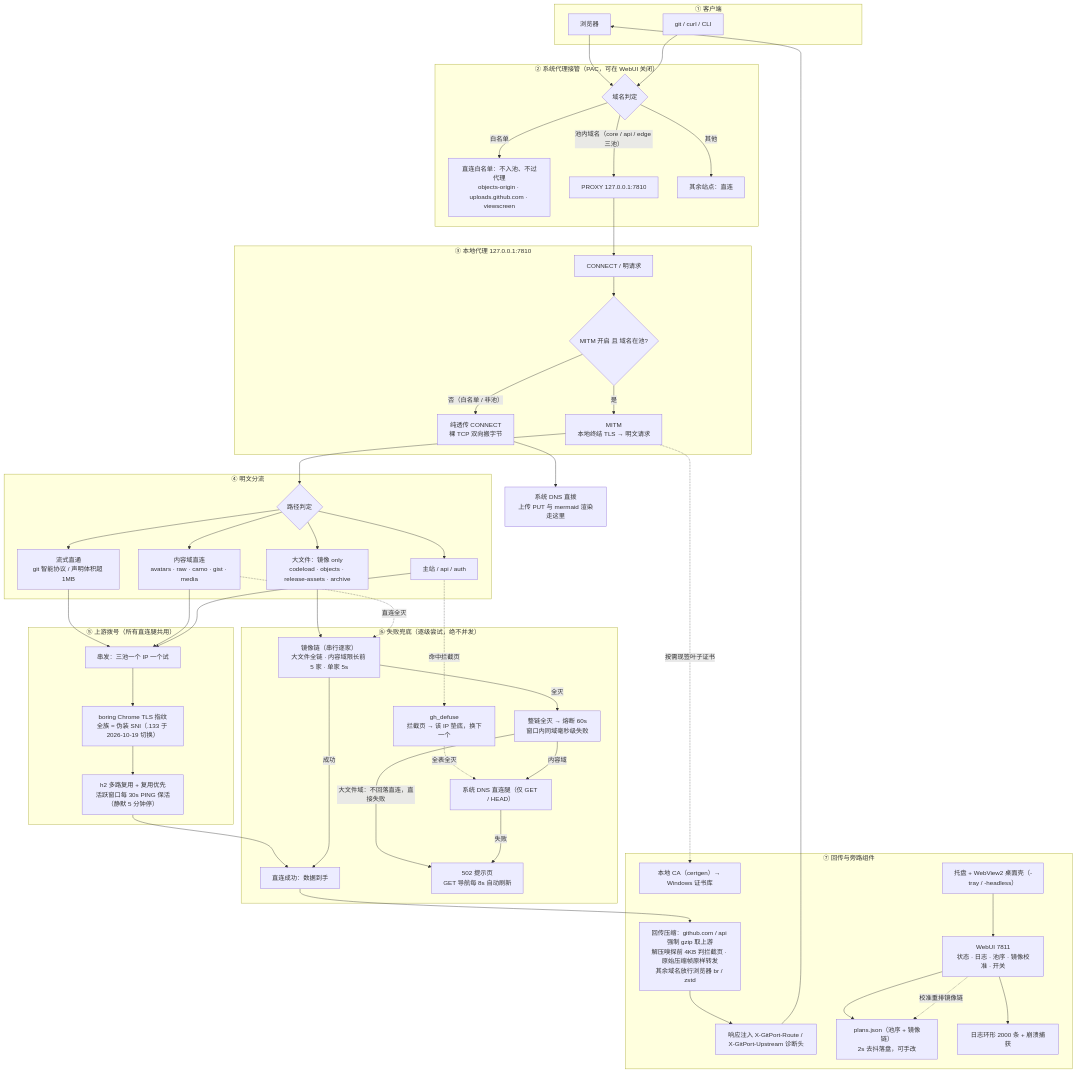
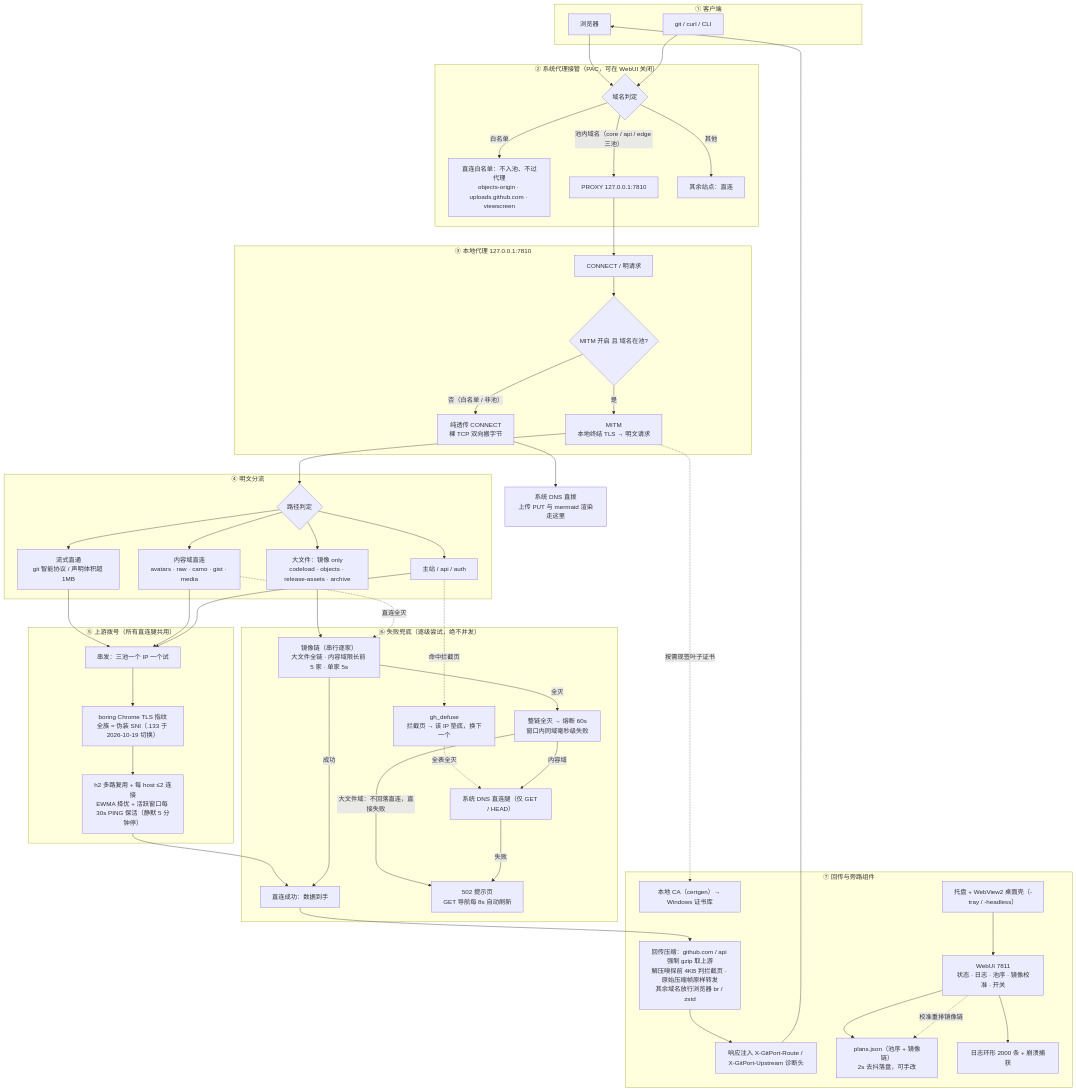
The first of 2 diagrams in docs/ARCHITECTURE.md (zhidian-cmd/gitport-github), drawn with Mermaid before and after one commit. The commit also changed other lines of this file and 3 other files, not shown here.

```diff
--- a/docs/ARCHITECTURE.md
+++ b/docs/ARCHITECTURE.md
@@ -45,7 +45,7 @@
     subgraph L5["⑤ 上游拨号（所有直连腿共用）"]
         D1["串发：三池一个 IP 一个试"]
         T1["boring Chrome TLS 指纹<br/>全族 = 伪装 SNI（.133 于 2026-10-19 切换）"]
-        H1["h2 多路复用 + 复用优先<br/>活跃窗口每 30s PING 保活（静默 5 分钟停）"]
+        H1["h2 多路复用 + 每 host ≤2 连接<br/>EWMA 择优 + 活跃窗口每 30s PING 保活（静默 5 分钟停）"]
     end
     S1 --> D1
     S3 --> D1
```
